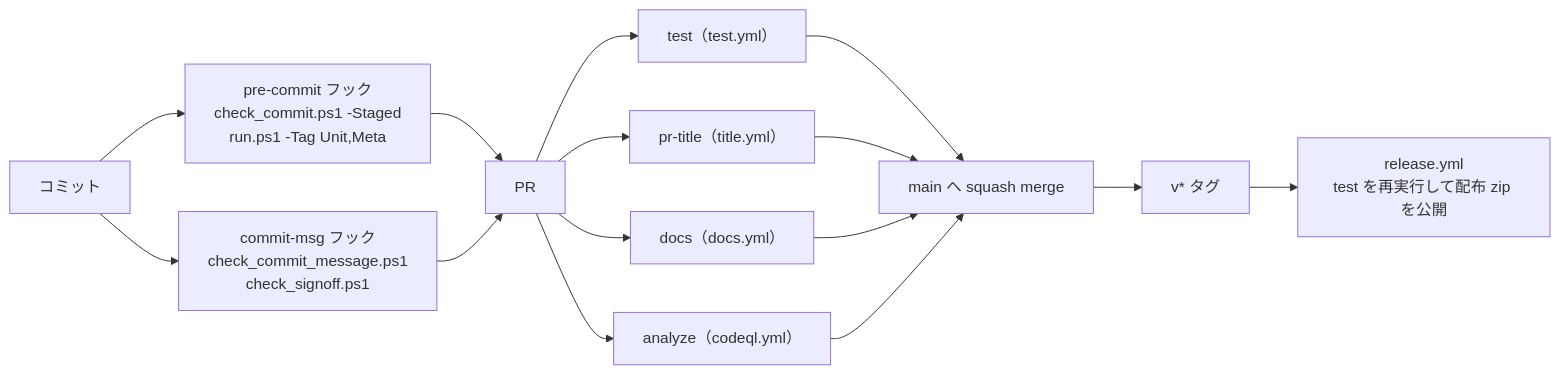
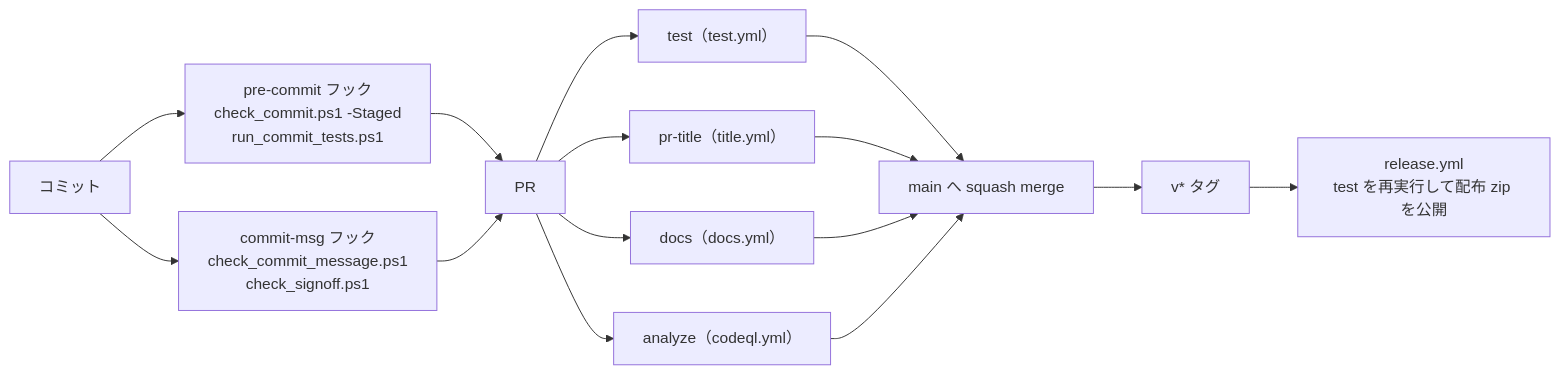
Before and after one commit to hsgwa/tebunko: the diagram in docs/00_共通_3_テスト.md, drawn with Mermaid. The commit also changed other lines of this file and 8 other files, not shown here.

````diff
--- a/docs/00_共通_3_テスト.md
+++ b/docs/00_共通_3_テスト.md
@@ -25,12 +25,12 @@
 ```mermaid
 flowchart LR
-    C["コミット"] --> H1["pre-commit フック<br>check_commit.ps1 -Staged<br>run.ps1 -Tag Unit,Meta"]
+    C["コミット"] --> H1["pre-commit フック<br>check_commit.ps1 -Staged<br>run_commit_tests.ps1"]
     C --> H2["commit-msg フック<br>check_commit_message.ps1<br>check_signoff.ps1"]
     H1 & H2 --> PR["PR"]
     PR --> R1["test（test.yml）"]
     PR --> R2["pr-title（title.yml）"]
     PR --> R3["docs（docs.yml）"]
     PR --> R4["analyze（codeql.yml）"]
     R1 & R2 & R3 & R4 --> M["main へ squash merge"]
     M --> T["v* タグ"] --> REL["release.yml<br>test を再実行して配布 zip を公開"]
 ```
````
